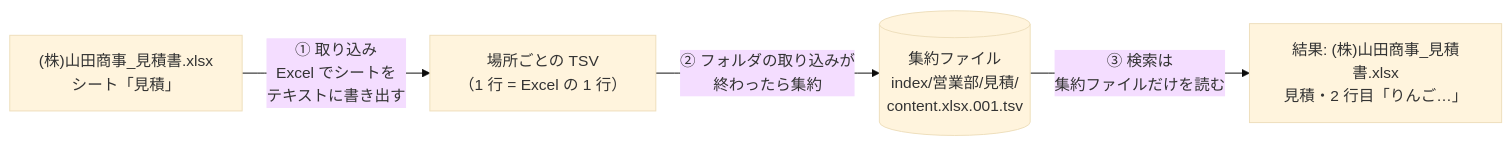
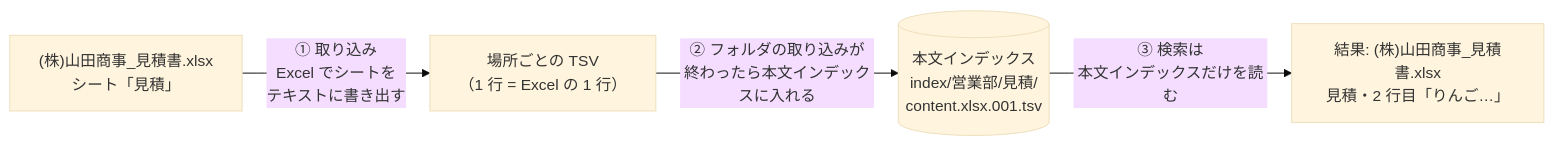
Before and after one commit to hsgwa/tebunko: the diagram in docs/design/indexer/index.md, drawn with Mermaid (base theme). The commit also changed other lines of this file and 27 other files, not shown here.

````diff
--- a/docs/design/indexer/index.md
+++ b/docs/design/indexer/index.md
@@ -11,6 +11,6 @@
 ```mermaid
 flowchart LR
     X["(株)山田商事_見積書.xlsx<br>シート「見積」"] -- "① 取り込み<br>Excel でシートを<br>テキストに書き出す" --> T["場所ごとの TSV<br>（1 行 = Excel の 1 行）"]
-    T -- "② フォルダの取り込みが<br>終わったら集約" --> P[("集約ファイル<br>index/営業部/見積/<br>content.xlsx.001.tsv")]
-    P -- "③ 検索は<br>集約ファイルだけを読む" --> R["結果: (株)山田商事_見積書.xlsx<br>見積・2 行目「りんご…」"]
+    T -- "② フォルダの取り込みが<br>終わったら本文インデックスに入れる" --> P[("本文インデックス<br>index/営業部/見積/<br>content.xlsx.001.tsv")]
+    P -- "③ 検索は<br>本文インデックスだけを読む" --> R["結果: (株)山田商事_見積書.xlsx<br>見積・2 行目「りんご…」"]
 ```
````
